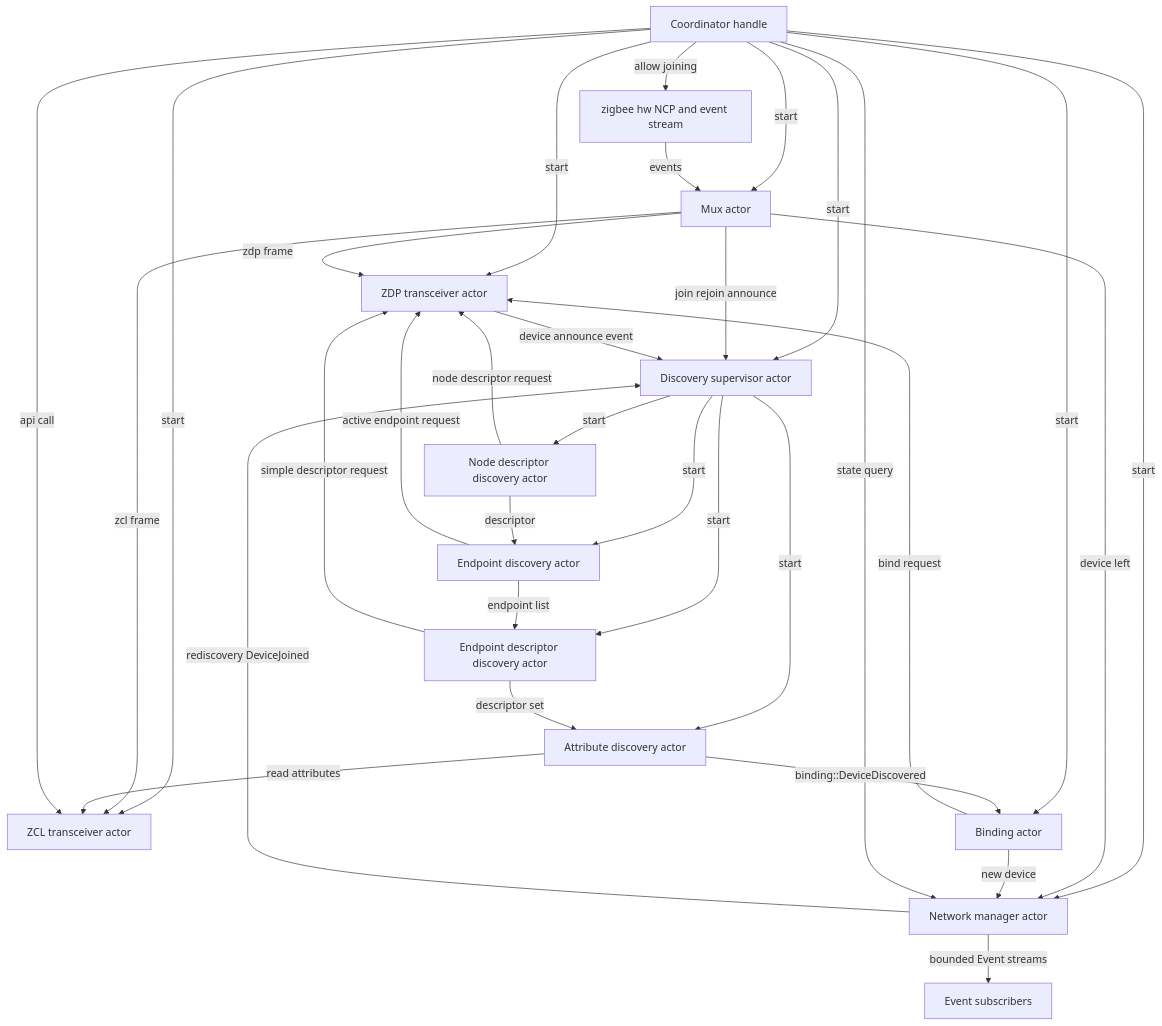
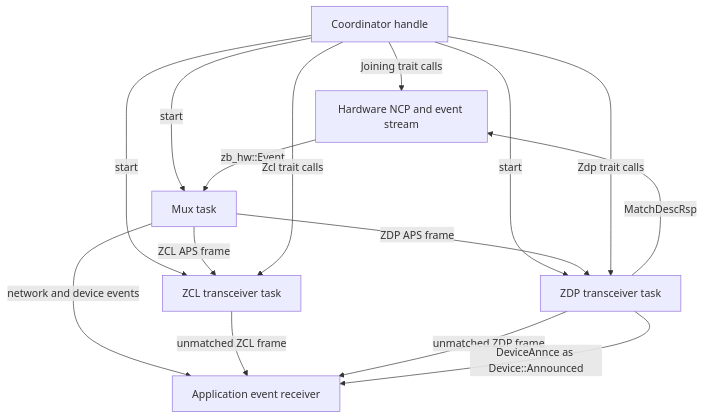
The first of 7 diagrams in coordinator/ARCHITECTURE.md (PaulmannLighting/apis-saltans), drawn with Mermaid before and after one commit. The commit also changed other lines of this file and 9 other files, not shown here.

````diff
--- a/coordinator/ARCHITECTURE.md
+++ b/coordinator/ARCHITECTURE.md
@@ -22,54 +35,27 @@
 ```mermaid
 flowchart TD
-    HW[zigbee hw NCP and event stream]
+    HW[Hardware NCP and event stream]
     C[Coordinator handle]
-    S[Event subscribers]
+    APP[Application event receiver]
+    M[Mux task]
+    ZCL[ZCL transceiver task]
+    ZDP[ZDP transceiver task]
 
-    M[Mux actor]
-    ZCL[ZCL transceiver actor]
-    ZDP[ZDP transceiver actor]
-    D[Discovery supervisor actor]
-    ND[Node descriptor discovery actor]
-    ED[Endpoint discovery actor]
-    EDD[Endpoint descriptor discovery actor]
-    AD[Attribute discovery actor]
-    B[Binding actor]
-    NM[Network manager actor]
-
-    C -->|start| M
     C -->|start| ZCL
     C -->|start| ZDP
-    C -->|start| D
-    C -->|start| B
-    C -->|start| NM
+    C -->|start| M
 
-    D -->|start| ND
-    D -->|start| ED
-    D -->|start| EDD
-    D -->|start| AD
+    HW -->|zb_hw::Event| M
+    M -->|ZCL APS frame| ZCL
+    M -->|ZDP APS frame| ZDP
+    M -->|network and device events| APP
 
-    HW -->|events| M
-    M -->|zcl frame| ZCL
-    M -->|zdp frame| ZDP
-    M -->|join rejoin announce| D
-    M -->|device left| NM
+    ZCL -->|unmatched ZCL frame| APP
+    ZDP -->|unmatched ZDP frame| APP
+    ZDP -->|DeviceAnnce as Device::Announced| APP
+    ZDP -->|MatchDescRsp| HW
 
-    ND -->|node descriptor request| ZDP
-    ND -->|descriptor| ED
-    ED -->|active endpoint request| ZDP
-    ED -->|endpoint list| EDD
-    EDD -->|simple descriptor request| ZDP
-    EDD -->|descriptor set| AD
-    AD -->|read attributes| ZCL
-    AD -->|binding::DeviceDiscovered| B
-    B -->|bind request| ZDP
-    B -->|new device| NM
-    NM -->|rediscovery DeviceJoined| D
-
-    ZDP -->|device announce event| D
-
-    C -->|api call| ZCL
-    C -->|state query| NM
-    C -->|allow joining| HW
-    NM -->|bounded Event streams| S
+    C -->|Zcl trait calls| ZCL
+    C -->|Zdp trait calls| ZDP
+    C -->|Joining trait calls| HW
 ```
````
